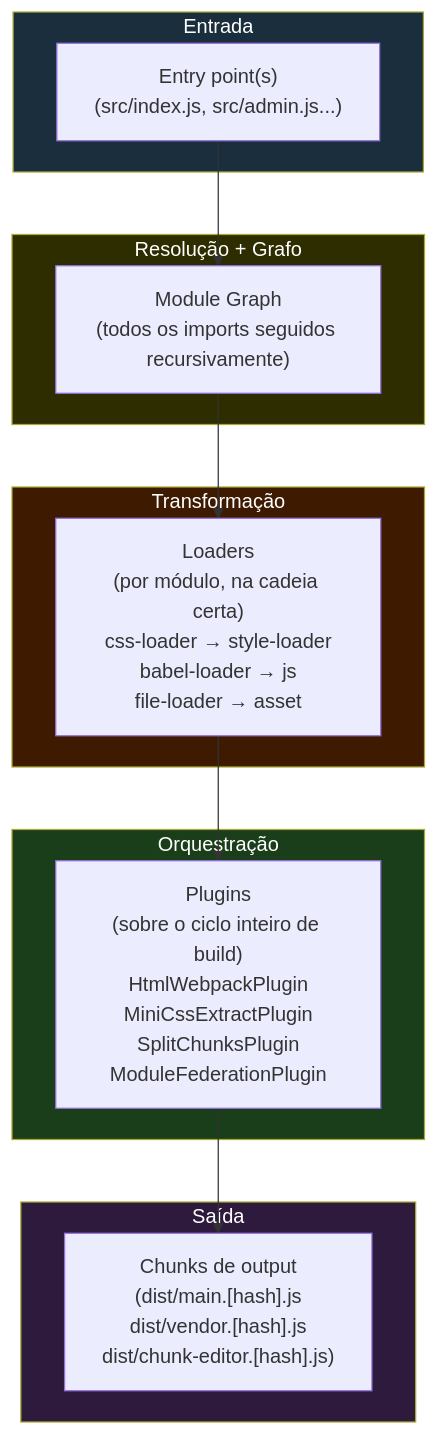
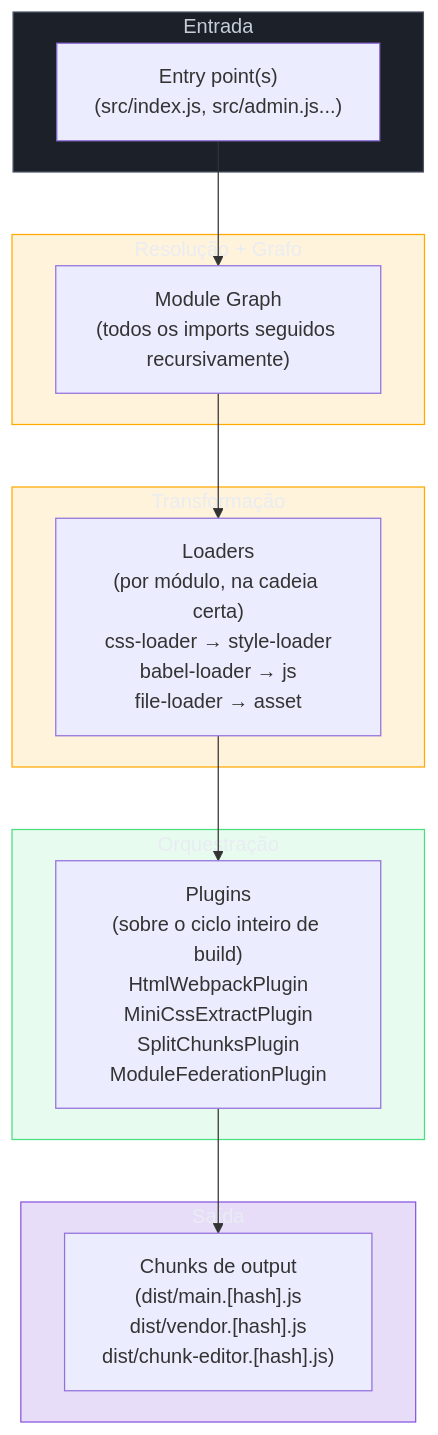
Before and after one commit to josenaldo/codex-technomanticus: the first of 10 diagrams in 03-Dominios/Tecnologia/Tooling e Build/11 - webpack - o veterano.md, drawn with Mermaid. The commit also changed other lines of this file and 1181 other files, not shown here.

First line of the commit message:
fix(diagramas): paleta do sistema no lugar de cor cravada no markdown

````diff
--- a/03-Dominios/Tecnologia/Tooling e Build/11 - webpack - o veterano.md
+++ b/03-Dominios/Tecnologia/Tooling e Build/11 - webpack - o veterano.md
@@ -53,30 +53,34 @@
 ```mermaid
 flowchart TD
+    classDef neutro fill:#1B2029,stroke:#4E5666,color:#C6CCD8
+    classDef destaque fill:#FFAA0024,stroke:#FFAA00,color:#E9ECF2
+    classDef ok fill:#4ADE8021,stroke:#4ADE80,color:#E9ECF2
+    classDef marca fill:#8855DF33,stroke:#8855DF,color:#E9ECF2
     subgraph INPUT["Entrada"]
         E["Entry point(s)\n(src/index.js, src/admin.js...)"]
     end
 
     subgraph RESOLVE["Resolução + Grafo"]
         G["Module Graph\n(todos os imports seguidos recursivamente)"]
     end
 
     subgraph TRANSFORM["Transformação"]
         L["Loaders\n(por módulo, na cadeia certa)\ncss-loader → style-loader\nbabel-loader → js\nfile-loader → asset"]
     end
 
     subgraph ORCHESTRATE["Orquestração"]
         P["Plugins\n(sobre o ciclo inteiro de build)\nHtmlWebpackPlugin\nMiniCssExtractPlugin\nSplitChunksPlugin\nModuleFederationPlugin"]
     end
 
     subgraph OUTPUT["Saída"]
         O["Chunks de output\n(dist/main.[hash].js\ndist/vendor.[hash].js\ndist/chunk-editor.[hash].js)"]
     end
 
     E --> G --> L --> P --> O
 
-    style INPUT fill:#1a2e3d,color:#fff
-    style RESOLVE fill:#2d2d00,color:#fff
-    style TRANSFORM fill:#3d1a00,color:#fff
-    style ORCHESTRATE fill:#1a3d1a,color:#fff
-    style OUTPUT fill:#2d1a3d,color:#fff
+    class INPUT neutro
+    class RESOLVE destaque
+    class TRANSFORM destaque
+    class ORCHESTRATE ok
+    class OUTPUT marca
 ```
````
